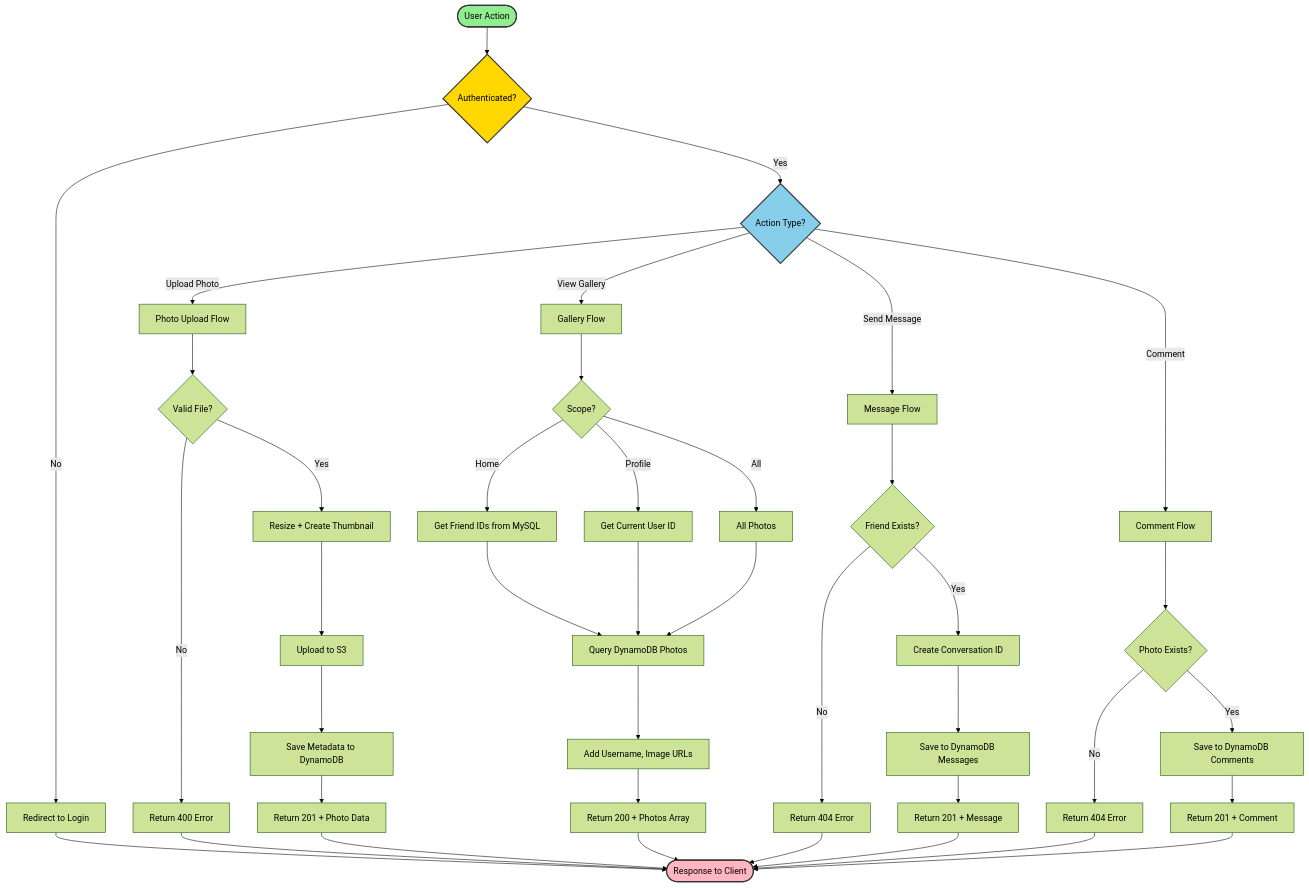
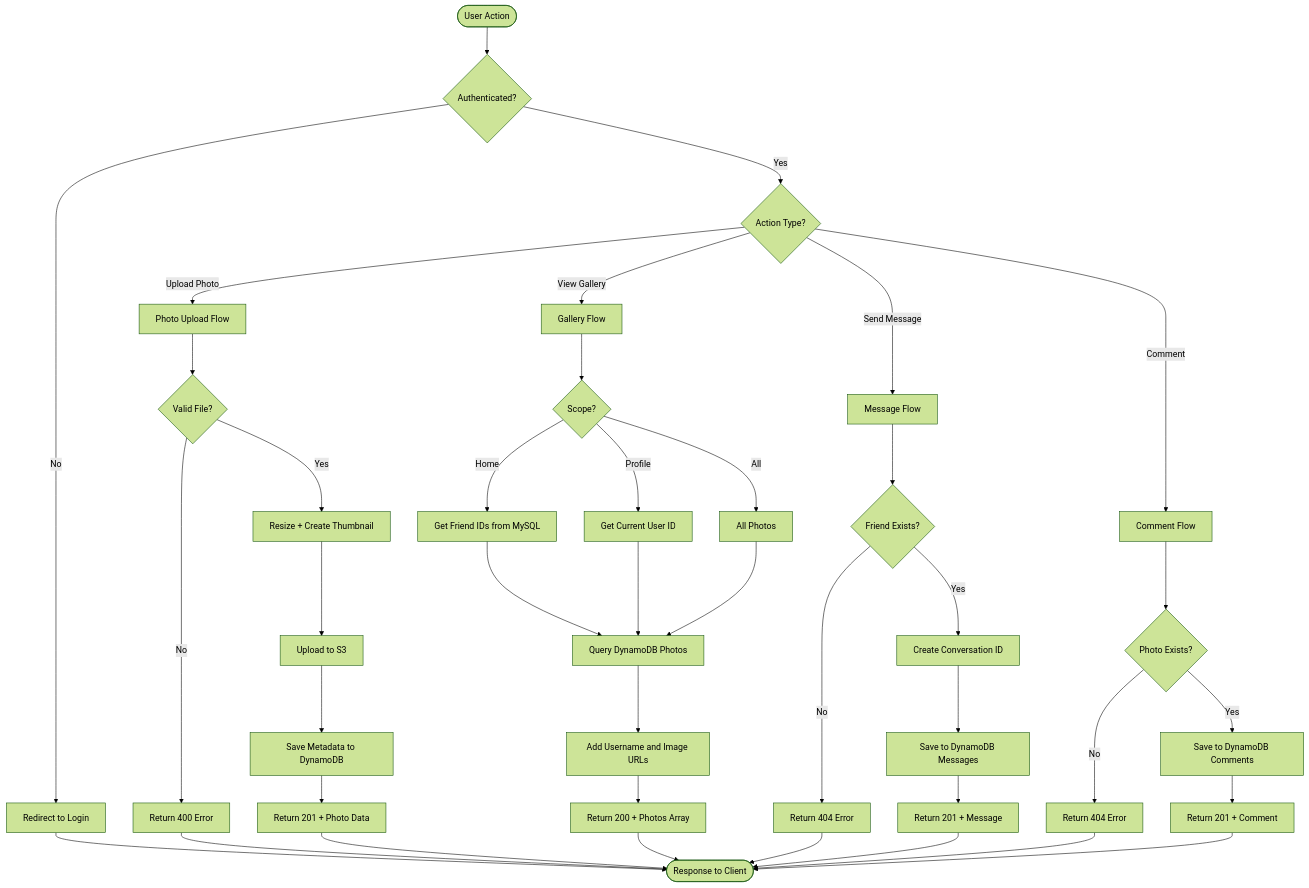
Before and after one commit to premalshah999/Cloud607_Final_Project: the ninth of 10 diagrams in ARCHITECTURE_DIAGRAMS.md, drawn with Mermaid (forest theme). The commit also changed other lines of this file, not shown here.

Commit message:
Fix Mermaid diagram syntax errors - remove br tags, fix subgraph names, fix stateDiagram notes

````diff
--- a/ARCHITECTURE_DIAGRAMS.md
+++ b/ARCHITECTURE_DIAGRAMS.md
@@ -499,54 +457,49 @@
 ```mermaid
 flowchart TD
-    Start([User Action]) --> Auth{Authenticated?}
+    Start(["User Action"]) --> Auth{"Authenticated?"}
     
-    Auth -->|No| LoginPage[Redirect to Login]
-    Auth -->|Yes| Action{Action Type?}
+    Auth -->|No| LoginPage["Redirect to Login"]
+    Auth -->|Yes| Action{"Action Type?"}
     
-    Action -->|Upload Photo| PhotoFlow[Photo Upload Flow]
-    Action -->|View Gallery| GalleryFlow[Gallery Flow]
-    Action -->|Send Message| MessageFlow[Message Flow]
-    Action -->|Comment| CommentFlow[Comment Flow]
+    Action -->|Upload Photo| PhotoFlow["Photo Upload Flow"]
+    Action -->|View Gallery| GalleryFlow["Gallery Flow"]
+    Action -->|Send Message| MessageFlow["Message Flow"]
+    Action -->|Comment| CommentFlow["Comment Flow"]
     
-    PhotoFlow --> ValidateFile{Valid File?}
-    ValidateFile -->|No| Error1[Return 400 Error]
-    ValidateFile -->|Yes| ProcessImage[Resize + Create Thumbnail]
-    ProcessImage --> UploadS3[Upload to S3]
-    UploadS3 --> SaveMetaDDB[Save Metadata to DynamoDB]
-    SaveMetaDDB --> Success1[Return 201 + Photo Data]
+    PhotoFlow --> ValidateFile{"Valid File?"}
+    ValidateFile -->|No| Error1["Return 400 Error"]
+    ValidateFile -->|Yes| ProcessImage["Resize + Create Thumbnail"]
+    ProcessImage --> UploadS3["Upload to S3"]
+    UploadS3 --> SaveMetaDDB["Save Metadata to DynamoDB"]
+    SaveMetaDDB --> Success1["Return 201 + Photo Data"]
     
-    GalleryFlow --> CheckScope{Scope?}
-    CheckScope -->|Home| GetFriends[Get Friend IDs from MySQL]
-    CheckScope -->|Profile| GetUserID[Get Current User ID]
-    CheckScope -->|All| AllUsers[All Photos]
-    GetFriends --> QueryPhotos[Query DynamoDB Photos]
+    GalleryFlow --> CheckScope{"Scope?"}
+    CheckScope -->|Home| GetFriends["Get Friend IDs from MySQL"]
+    CheckScope -->|Profile| GetUserID["Get Current User ID"]
+    CheckScope -->|All| AllUsers["All Photos"]
+    GetFriends --> QueryPhotos["Query DynamoDB Photos"]
     GetUserID --> QueryPhotos
     AllUsers --> QueryPhotos
-    QueryPhotos --> EnrichData[Add Username, Image URLs]
-    EnrichData --> Success2[Return 200 + Photos Array]
+    QueryPhotos --> EnrichData["Add Username and Image URLs"]
+    EnrichData --> Success2["Return 200 + Photos Array"]
     
-    MessageFlow --> ValidateUser{Friend Exists?}
-    ValidateUser -->|No| Error2[Return 404 Error]
-    ValidateUser -->|Yes| CreateConv[Create Conversation ID]
-    CreateConv --> SaveDDB[Save to DynamoDB Messages]
-    SaveDDB --> Success3[Return 201 + Message]
+    MessageFlow --> ValidateUser{"Friend Exists?"}
+    ValidateUser -->|No| Error2["Return 404 Error"]
+    ValidateUser -->|Yes| CreateConv["Create Conversation ID"]
+    CreateConv --> SaveDDB["Save to DynamoDB Messages"]
+    SaveDDB --> Success3["Return 201 + Message"]
     
-    CommentFlow --> PhotoExists{Photo Exists?}
-    PhotoExists -->|No| Error3[Return 404 Error]
-    PhotoExists -->|Yes| SaveComment[Save to DynamoDB Comments]
-    SaveComment --> Success4[Return 201 + Comment]
+    CommentFlow --> PhotoExists{"Photo Exists?"}
+    PhotoExists -->|No| Error3["Return 404 Error"]
+    PhotoExists -->|Yes| SaveComment["Save to DynamoDB Comments"]
+    SaveComment --> Success4["Return 201 + Comment"]
     
-    Success1 --> End([Response to Client])
+    Success1 --> End(["Response to Client"])
     Success2 --> End
     Success3 --> End
     Success4 --> End
     Error1 --> End
     Error2 --> End
     Error3 --> End
     LoginPage --> End
-    
-    style Start fill:#90EE90,stroke:#333,stroke-width:2px
-    style End fill:#FFB6C1,stroke:#333,stroke-width:2px
-    style Auth fill:#FFD700,stroke:#333,stroke-width:2px
-    style Action fill:#87CEEB,stroke:#333,stroke-width:2px
 ```
````
